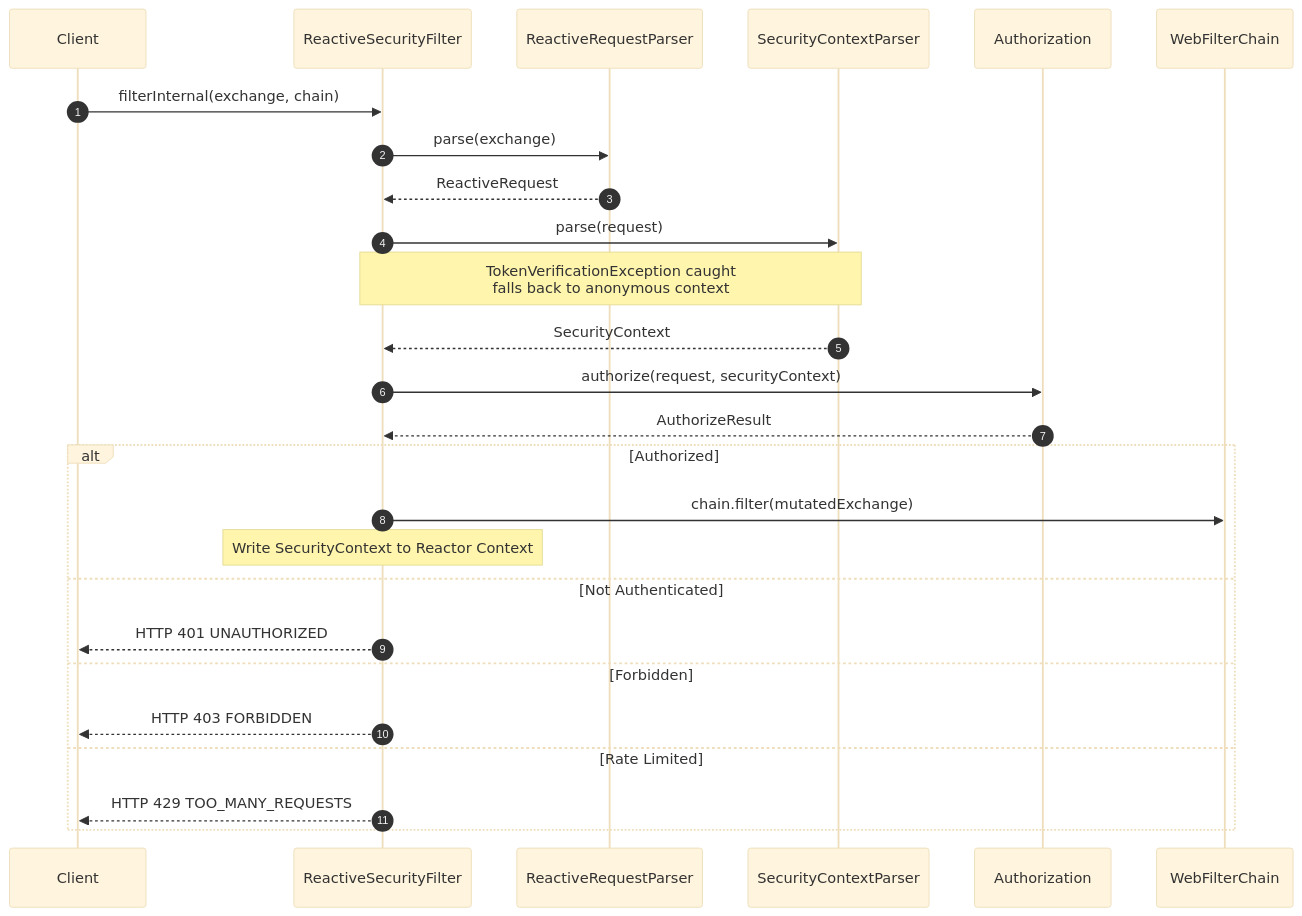
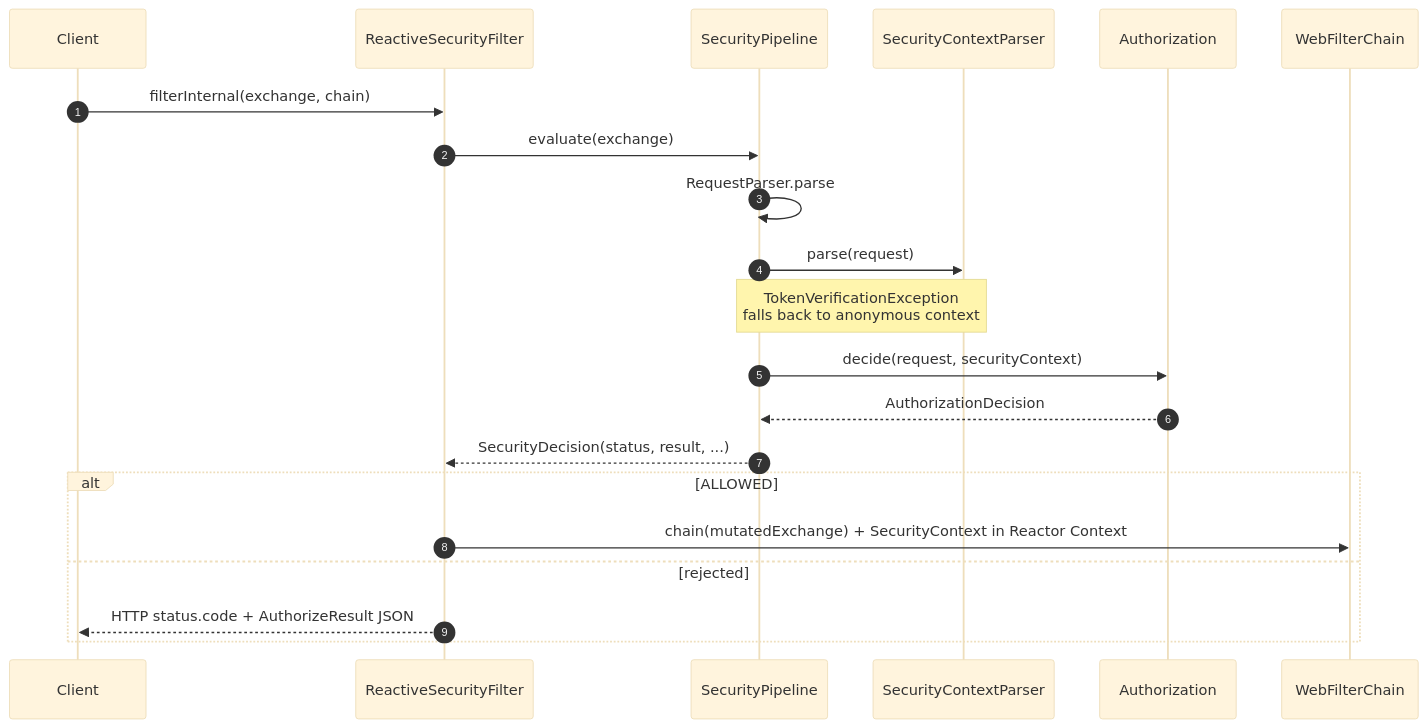
Before and after one commit to Ahoo-Wang/CoSec: the second of 4 diagrams in wiki/deep-dive/integrations/spring-webflux.md, drawn with Mermaid (base theme). The commit also changed other lines of this file and 15 other files, not shown here.

First line of the commit message:
refactor(web): unify WebFlux, WebMvc and Gateway adapters on SecurityPipeline

````diff
--- a/wiki/deep-dive/integrations/spring-webflux.md
+++ b/wiki/deep-dive/integrations/spring-webflux.md
@@ -65,32 +70,24 @@
 ```mermaid
 sequenceDiagram
     autonumber
     participant Client
-    participant Filter as ReactiveSecurityFilter
-    participant RParser as ReactiveRequestParser
+    participant Adapter as ReactiveSecurityFilter
+    participant Pipeline as SecurityPipeline
     participant SCParser as SecurityContextParser
     participant Auth as Authorization
     participant Chain as WebFilterChain
 
-    Client->>Filter: filterInternal(exchange, chain)
-    Filter->>RParser: parse(exchange)
-    RParser-->>Filter: ReactiveRequest
-    Filter->>SCParser: parse(request)
-    Note over Filter,SCParser: TokenVerificationException caught<br>falls back to anonymous context
-    SCParser-->>Filter: SecurityContext
-    Filter->>Auth: authorize(request, securityContext)
-    Auth-->>Filter: AuthorizeResult
-    alt Authorized
-        Filter->>Chain: chain.filter(mutatedExchange)
-        Note over Filter: Write SecurityContext to Reactor Context
-    else Not Authenticated
-        Filter-->>Client: HTTP 401 UNAUTHORIZED
-    else Forbidden
-        Filter-->>Client: HTTP 403 FORBIDDEN
-    else Rate Limited
-        Filter-->>Client: HTTP 429 TOO_MANY_REQUESTS
+    Client->>Adapter: filterInternal(exchange, chain)
+    Adapter->>Pipeline: evaluate(exchange)
+    Pipeline->>Pipeline: RequestParser.parse
+    Pipeline->>SCParser: parse(request)
+    Note over Pipeline,SCParser: TokenVerificationException<br>falls back to anonymous context
+    Pipeline->>Auth: decide(request, securityContext)
+    Auth-->>Pipeline: AuthorizationDecision
+    Pipeline-->>Adapter: SecurityDecision(status, result, ...)
+    alt ALLOWED
+        Adapter->>Chain: chain(mutatedExchange) + SecurityContext in Reactor Context
+    else rejected
+        Adapter-->>Client: HTTP status.code + AuthorizeResult JSON
     end
-
-
-
 ```
````
